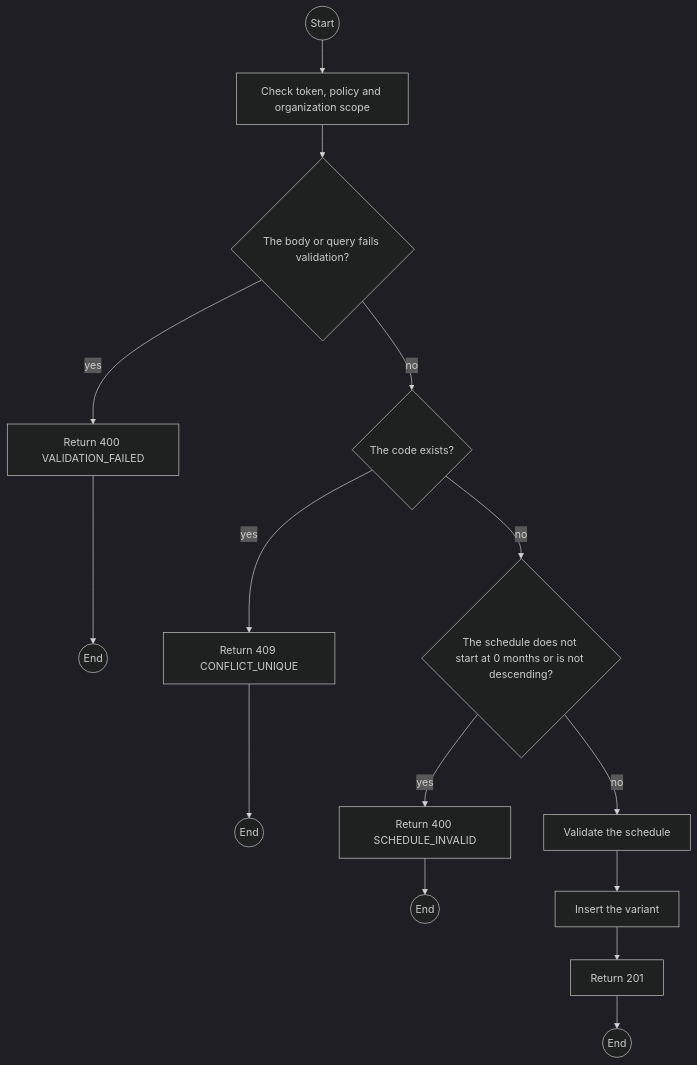
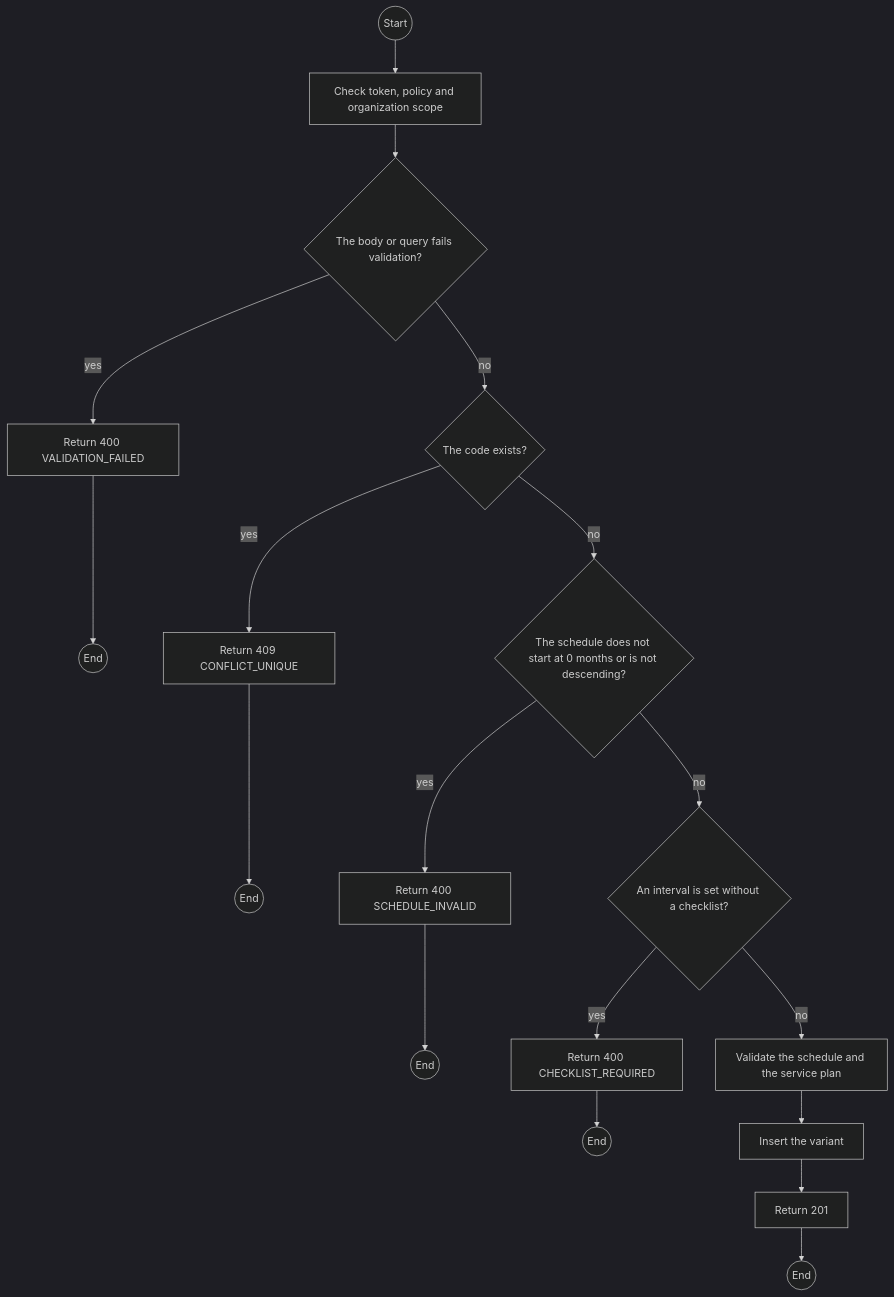
One commit to TrekLink-Team/treklink-web changed the first of 2 diagrams in specs/devices/api-design/02-post-hardware-variants.md. Above: the diagram before and after it, drawn with Mermaid (dark theme). The commit also changed other lines of this file and 39 other files, not shown here.

First line of the commit message:
docs: design periodic maintenance (D-047) and apply the SDD sequence conventions

````diff
--- a/specs/devices/api-design/02-post-hardware-variants.md
+++ b/specs/devices/api-design/02-post-hardware-variants.md
@@ -189,28 +222,33 @@
 ```mermaid
 flowchart TB
     S((Start))
     A0["Check token, policy and organization scope"]
     S --> A0
     D1{"The body or query fails validation?"}
     A0 --> D1
     E1["Return 400 VALIDATION_FAILED"]
     D1 -->|yes| E1
     E1 --> X1((End))
     D2{"The code exists?"}
     D1 -->|no| D2
     E2["Return 409 CONFLICT_UNIQUE"]
     D2 -->|yes| E2
     E2 --> X2((End))
     D3{"The schedule does not start at 0 months or is not descending?"}
     D2 -->|no| D3
     E3["Return 400 SCHEDULE_INVALID"]
     D3 -->|yes| E3
     E3 --> X3((End))
-    P0["Validate the schedule"]
-    D3 -->|no| P0
+    D4{"An interval is set without a checklist?"}
+    D3 -->|no| D4
+    E4["Return 400 CHECKLIST_REQUIRED"]
+    D4 -->|yes| E4
+    E4 --> X4((End))
+    P0["Validate the schedule and the service plan"]
+    D4 -->|no| P0
     P1["Insert the variant"]
     P0 --> P1
     OK["Return 201"]
     P1 --> OK
     OK --> Z((End))
 ```
````
